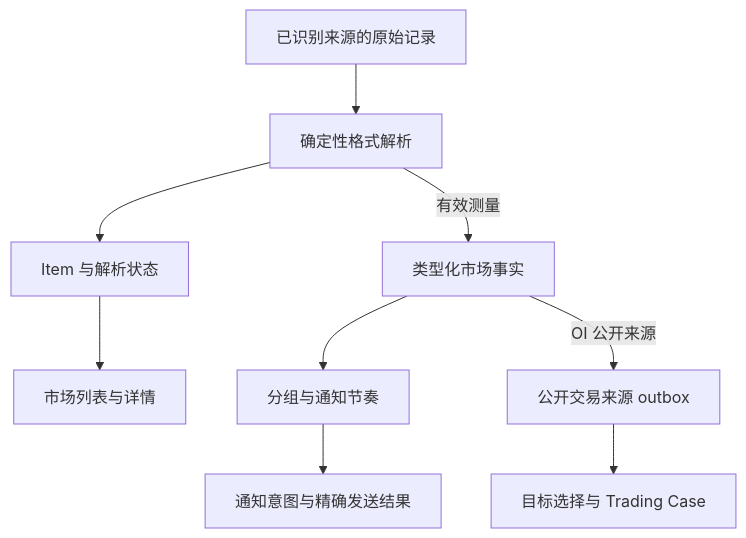
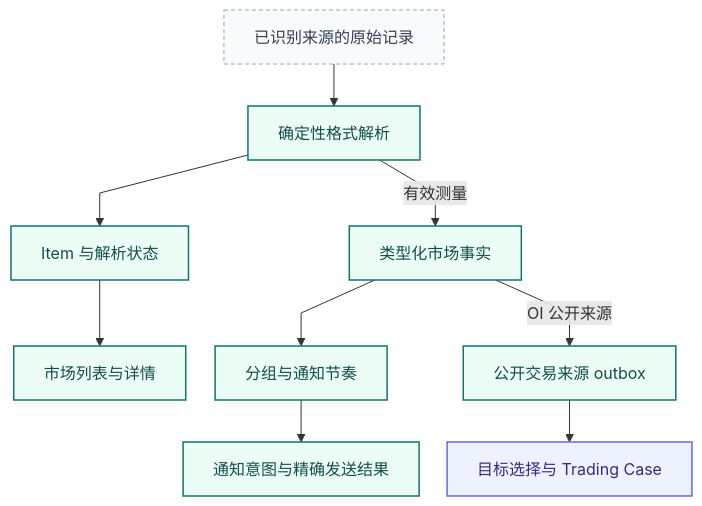
Before and after one commit to AnalyThothAI/tracefold: the first of 3 diagrams in docs/modules/oi.md, drawn with Mermaid. The commit also changed other lines of this file and 19 other files, not shown here.

Commit message:
docs: unify Chinese handbook design and architecture diagrams

````diff
--- a/docs/modules/oi.md
+++ b/docs/modules/oi.md
@@ -20,11 +35,30 @@
 ```mermaid
+---
+config:
+  fontFamily: "system-ui, Noto Sans CJK SC, Microsoft YaHei, WenQuanYi Zen Hei, sans-serif"
+  flowchart:
+    curve: linear
+    nodeSpacing: 28
+    rankSpacing: 42
+---
 flowchart TB
+    accTitle: 市场观察的两个消费者
+    accDescr: 确定性解析保存 Item 与有效类型化事实。页面和分组通知读取市场事实；仅对应的公开 OI 来源进入交易研究。
     Frame["已识别来源的原始记录"] --> Parse["确定性格式解析"]
     Parse --> Item["Item 与解析状态"]
     Parse -->|"有效测量"| Fact["类型化市场事实"]
     Item --> API["市场列表与详情"]
     Fact --> Group["分组与通知节奏"]
     Group --> Intent["通知意图与精确发送结果"]
     Fact -->|"OI 公开来源"| Outbox["公开交易来源 outbox"]
     Outbox --> Analysis["目标选择与 Trading Case"]
+
+    classDef news fill:#ecfdf5,stroke:#0f766e,color:#134e4a,stroke-width:1.5px
+    classDef research fill:#eef2ff,stroke:#6366f1,color:#312e81,stroke-width:1.5px
+    classDef execution fill:#fff7ed,stroke:#c2410c,color:#7c2d12,stroke-width:1.5px
+    classDef store fill:#f1f5f9,stroke:#64748b,color:#1e293b,stroke-width:1.5px
+    classDef external fill:#f8fafc,stroke:#94a3b8,color:#334155,stroke-dasharray:4 3
+class Frame external;
+class Parse,Item,Fact,API,Group,Intent,Outbox news;
+class Analysis research;
 ```
````
